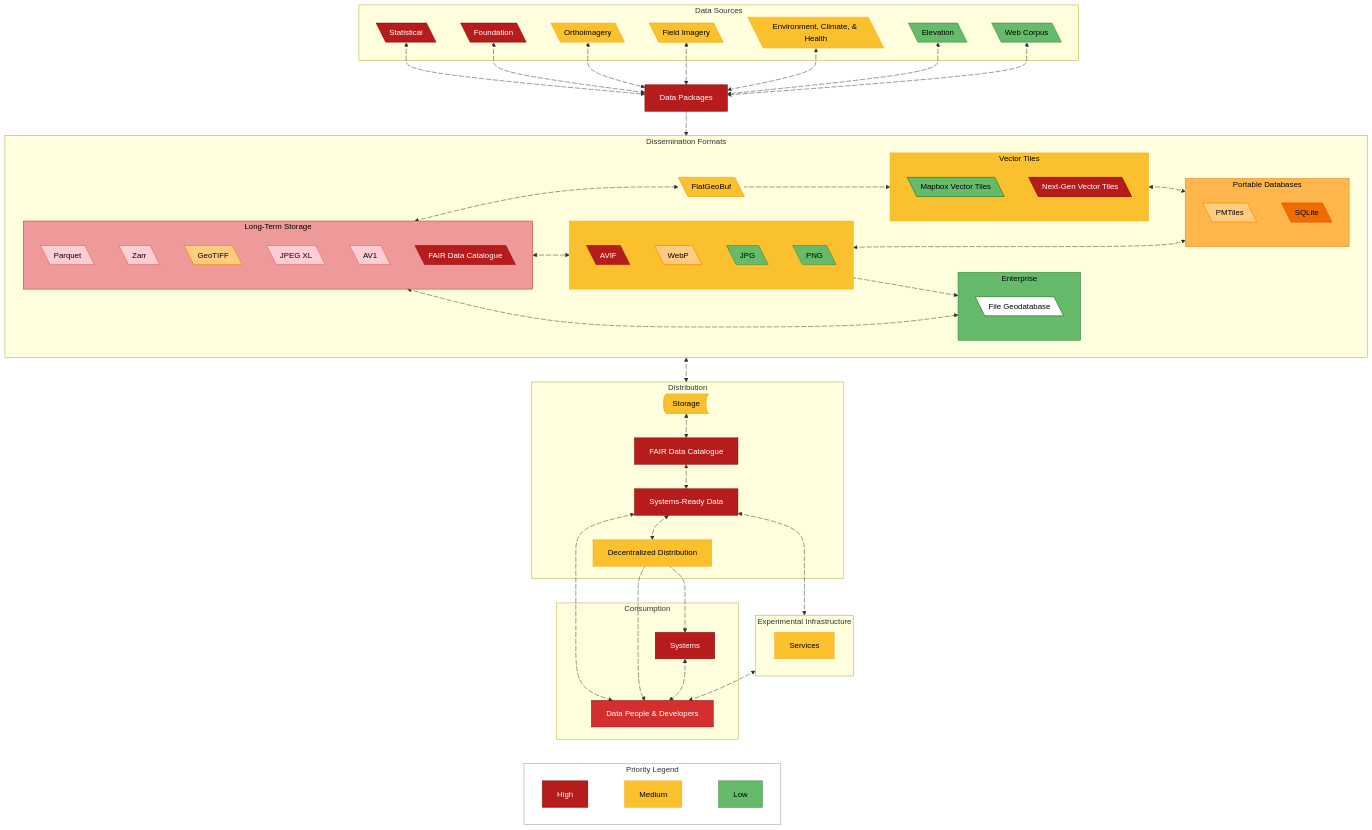
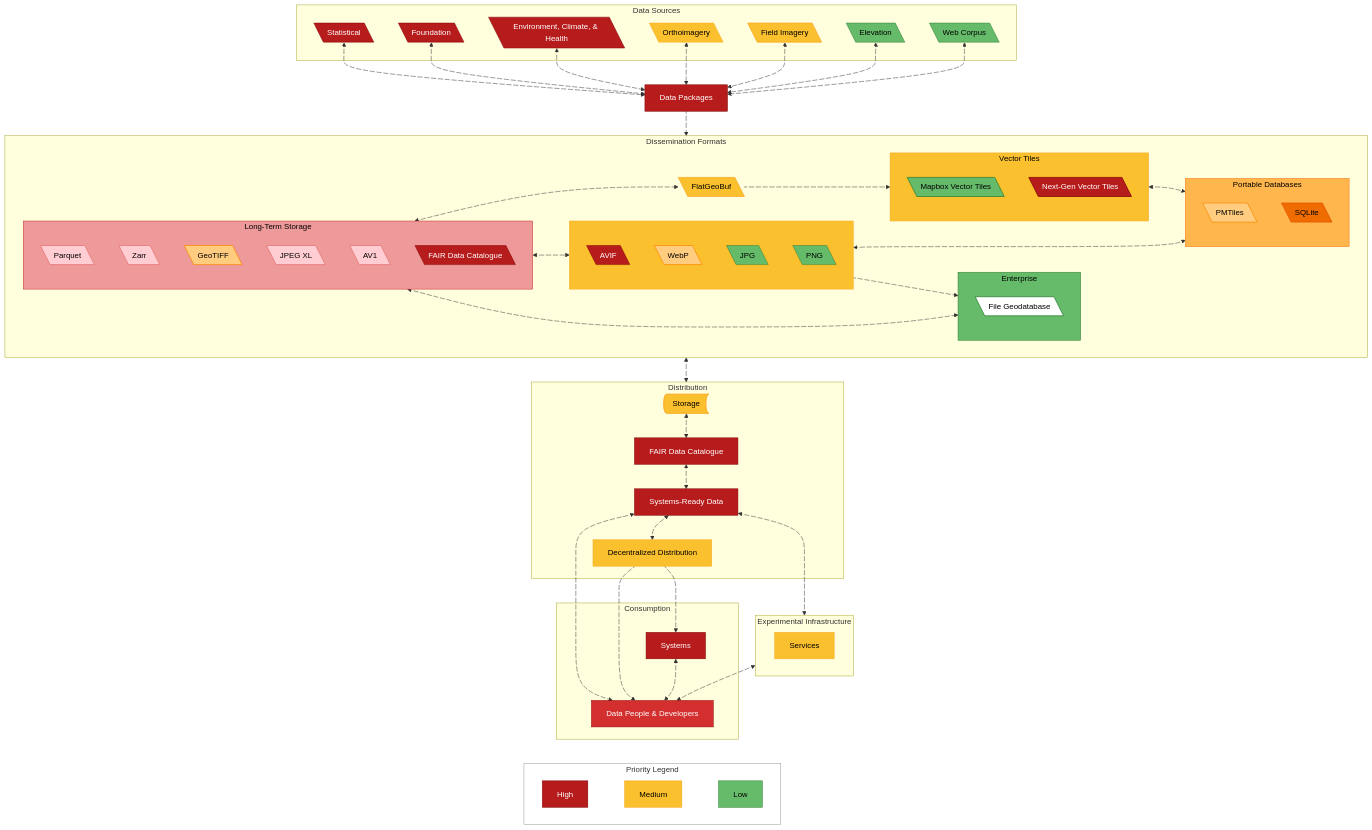
One commit to dataforcanada/www.dataforcanada.org changed the diagram in high-level-overview-homepage.mermaid. Above: the diagram before and after it, drawn with Mermaid. The commit also changed 1 other file, not shown here.

Commit message:
Alright, reprioritize Environment, Climate & Health. It is an untapped market with lots of potential. There is a definite bias in the way sampling is done.

```diff
--- a/high-level-overview-homepage.mermaid
+++ b/high-level-overview-homepage.mermaid
@@ -74,12 +74,12 @@
     e1@{animate: true, animation: slow}
     Foundation e2@<--> DataPkgs
     e2@{animate: true, animation: slow}
+    EnvClimate e4@<--> DataPkgs
+    e4@{animate: true, animation: fast}
     Orthoimagery e3@<--> DataPkgs
     e3@{animate: true, animation: slow}
     FieldImagery e7@<--> DataPkgs
     e7@{animate: true, animation: fast}
-    EnvClimate e4@<--> DataPkgs
-    e4@{animate: true, animation: fast}
     Elevation e5@<--> DataPkgs
     e5@{animate: true, animation: slow}
     WebCorpus e6@<--> DataPkgs
@@ -140,7 +140,7 @@
         L1[High]:::legendRed ~~~ L2[Medium]:::legendYellow ~~~ L3[Low]:::legendGreen
     end
 
-    style EnvClimate fill:#FBC02D,stroke:#F9A825,color:#000000
+    style EnvClimate fill:#B71C1C,stroke:#7F0000,color:#FFFFFF
     style Orthoimagery fill:#FBC02D,stroke:#F9A825,color:#000000
     style FieldImagery fill:#FBC02D,stroke:#F9A825,color:#000000
     style WebCorpus fill:#66BB6A,stroke:#2E7D32,color:#000000
```
